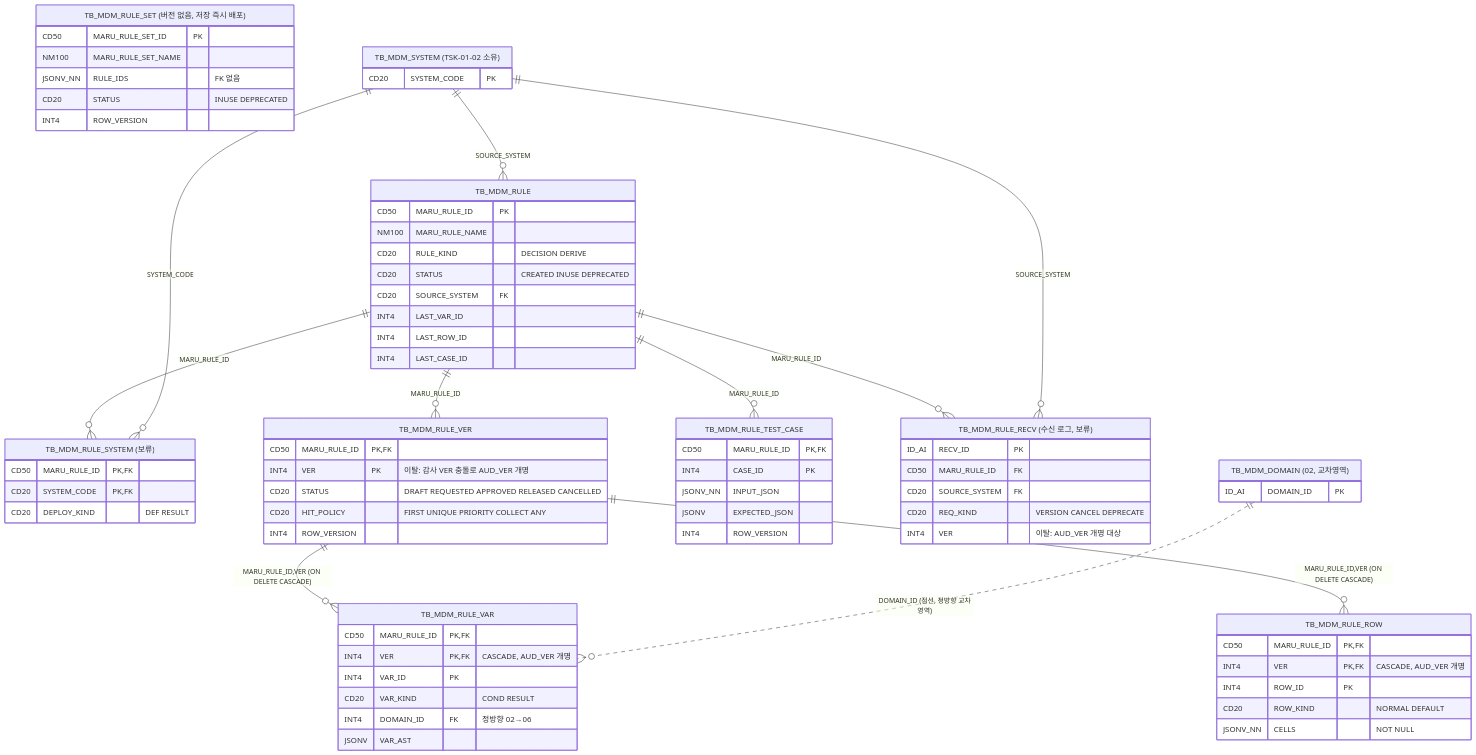
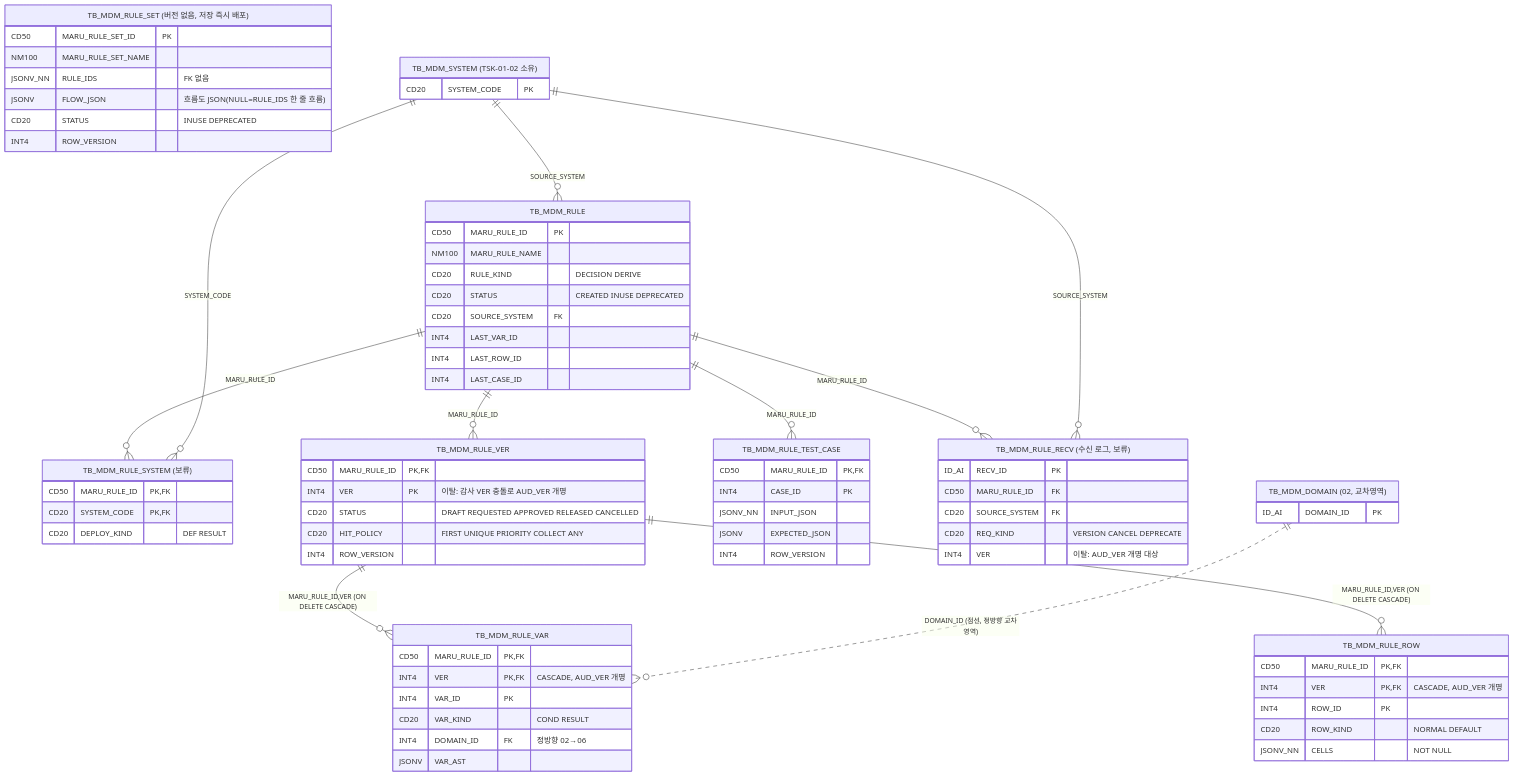
One commit to jongik-sv/dmes-standard changed the diagram in docs/mdm/erd/06-business-rule.mmd. Above: the diagram before and after it, drawn with Mermaid. The commit also changed 6 other files, not shown here.

Commit message:
feat(mdm): 룰 세트 FLOW_JSON 칼럼 추가(V14)

```diff
--- a/docs/mdm/erd/06-business-rule.mmd
+++ b/docs/mdm/erd/06-business-rule.mmd
@@ -1,78 +1,79 @@
 %% TSK-02-03 영역 06 (dme) ERD — design.md §6.5. 배포 순번 chg_seq 없음(버전 스냅샷 배포).
 %% RULE_VER→VAR, RULE_VER→ROW 두 FK 에만 ON DELETE CASCADE(F13).
 erDiagram
     TB_MDM_RULE {
         CD50 MARU_RULE_ID PK
         NM100 MARU_RULE_NAME
         CD20 RULE_KIND "DECISION DERIVE"
         CD20 STATUS "CREATED INUSE DEPRECATED"
         CD20 SOURCE_SYSTEM FK
         INT4 LAST_VAR_ID
         INT4 LAST_ROW_ID
         INT4 LAST_CASE_ID
     }
     TB_MDM_RULE_SYSTEM["TB_MDM_RULE_SYSTEM (보류)"] {
         CD50 MARU_RULE_ID PK,FK
         CD20 SYSTEM_CODE PK,FK
         CD20 DEPLOY_KIND "DEF RESULT"
     }
     TB_MDM_RULE_VER {
         CD50 MARU_RULE_ID PK,FK
         INT4 VER PK "이탈: 감사 VER 충돌로 AUD_VER 개명"
         CD20 STATUS "DRAFT REQUESTED APPROVED RELEASED CANCELLED"
         CD20 HIT_POLICY "FIRST UNIQUE PRIORITY COLLECT ANY"
         INT4 ROW_VERSION
     }
     TB_MDM_RULE_VAR {
         CD50 MARU_RULE_ID PK,FK
         INT4 VER PK,FK "CASCADE, AUD_VER 개명"
         INT4 VAR_ID PK
         CD20 VAR_KIND "COND RESULT"
         INT4 DOMAIN_ID FK "정방향 02→06"
         JSONV VAR_AST
     }
     TB_MDM_RULE_ROW {
         CD50 MARU_RULE_ID PK,FK
         INT4 VER PK,FK "CASCADE, AUD_VER 개명"
         INT4 ROW_ID PK
         CD20 ROW_KIND "NORMAL DEFAULT"
         JSONV_NN CELLS "NOT NULL"
     }
     TB_MDM_RULE_TEST_CASE {
         CD50 MARU_RULE_ID PK,FK
         INT4 CASE_ID PK
         JSONV_NN INPUT_JSON
         JSONV EXPECTED_JSON
         INT4 ROW_VERSION
     }
     TB_MDM_RULE_SET["TB_MDM_RULE_SET (버전 없음, 저장 즉시 배포)"] {
         CD50 MARU_RULE_SET_ID PK
         NM100 MARU_RULE_SET_NAME
         JSONV_NN RULE_IDS "FK 없음"
+        JSONV FLOW_JSON "흐름도 JSON(NULL=RULE_IDS 한 줄 흐름)"
         CD20 STATUS "INUSE DEPRECATED"
         INT4 ROW_VERSION
     }
     TB_MDM_RULE_RECV["TB_MDM_RULE_RECV (수신 로그, 보류)"] {
         ID_AI RECV_ID PK
         CD50 MARU_RULE_ID FK
         CD20 SOURCE_SYSTEM FK
         CD20 REQ_KIND "VERSION CANCEL DEPRECATE"
         INT4 VER "이탈: AUD_VER 개명 대상"
     }
     TB_MDM_SYSTEM["TB_MDM_SYSTEM (TSK-01-02 소유)"] {
         CD20 SYSTEM_CODE PK
     }
     TB_MDM_DOMAIN["TB_MDM_DOMAIN (02, 교차영역)"] {
         ID_AI DOMAIN_ID PK
     }
 
     TB_MDM_SYSTEM ||--o{ TB_MDM_RULE : "SOURCE_SYSTEM"
     TB_MDM_RULE ||--o{ TB_MDM_RULE_SYSTEM : "MARU_RULE_ID"
     TB_MDM_SYSTEM ||--o{ TB_MDM_RULE_SYSTEM : "SYSTEM_CODE"
     TB_MDM_RULE ||--o{ TB_MDM_RULE_VER : "MARU_RULE_ID"
     TB_MDM_RULE_VER ||--o{ TB_MDM_RULE_VAR : "MARU_RULE_ID,VER (ON DELETE CASCADE)"
     TB_MDM_DOMAIN ||..o{ TB_MDM_RULE_VAR : "DOMAIN_ID (점선, 정방향 교차영역)"
     TB_MDM_RULE_VER ||--o{ TB_MDM_RULE_ROW : "MARU_RULE_ID,VER (ON DELETE CASCADE)"
     TB_MDM_RULE ||--o{ TB_MDM_RULE_TEST_CASE : "MARU_RULE_ID"
     TB_MDM_RULE ||--o{ TB_MDM_RULE_RECV : "MARU_RULE_ID"
     TB_MDM_SYSTEM ||--o{ TB_MDM_RULE_RECV : "SOURCE_SYSTEM"
```
